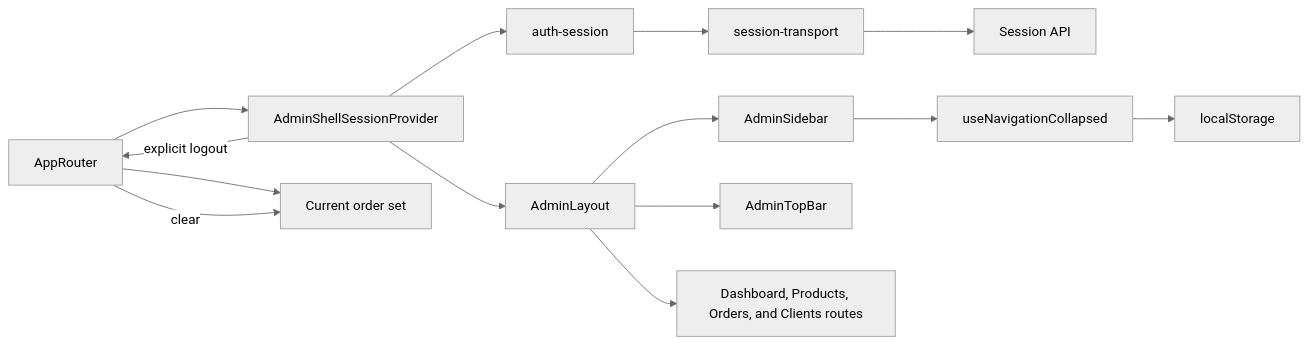
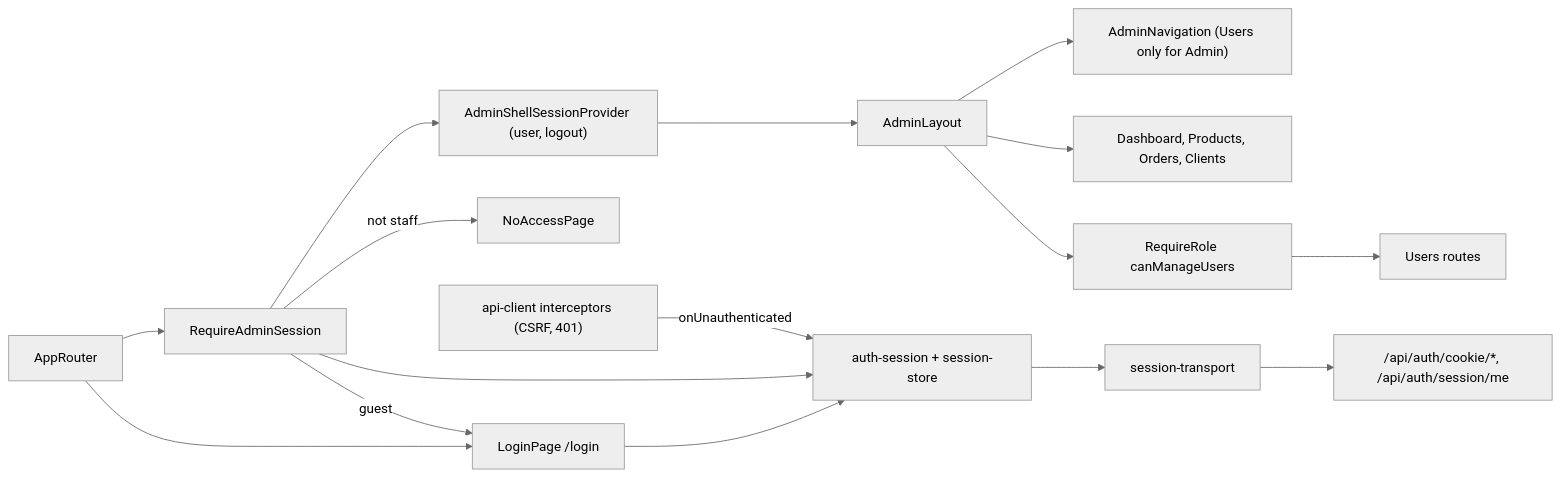
The diagram in docs/features/admin/session.md (Weretik/kedr-web), drawn with Mermaid (neutral theme) before and after one commit. The commit also changed other lines of this file and 154 other files, not shown here.

First line of the commit message:
Sign-in for admin, storefront and mobile; Users page for admins (#15)

````diff
--- a/docs/features/admin/session.md
+++ b/docs/features/admin/session.md
@@ -11,16 +14,16 @@
 ```mermaid
 flowchart LR
-Router["AppRouter"] --> Provider["AdminShellSessionProvider"]
+Router["AppRouter"] --> Login["LoginPage /login"]
+Router --> Guard["RequireAdminSession"]
+Guard -->|guest| Login
+Guard -->|not staff| NoAccess["NoAccessPage"]
+Guard --> Provider["AdminShellSessionProvider (user, logout)"]
 Provider --> Layout["AdminLayout"]
-Provider --> Session["auth-session"]
-Session --> Transport["session-transport"]
-Transport --> API["Session API"]
-Layout --> Sidebar["AdminSidebar"]
-Sidebar --> Collapsed["useNavigationCollapsed"]
-Collapsed --> Storage["localStorage"]
-Layout --> TopBar["AdminTopBar"]
-Layout --> Routes["Dashboard, Products, Orders, and Clients routes"]
-Router --> Local["Current order set"]
-Provider -->|explicit logout| Router
-Router -->|clear| Local
+Layout --> Nav["AdminNavigation (Users only for Admin)"]
+Layout --> Routes["Dashboard, Products, Orders, Clients"]
+Layout --> Role["RequireRole canManageUsers"] --> Users["Users routes"]
+Login --> Session["auth-session + session-store"]
+Guard --> Session
+Session --> Transport["session-transport"] --> API["/api/auth/cookie/*, /api/auth/session/me"]
+ApiClient["api-client interceptors (CSRF, 401)"] -->|onUnauthenticated| Session
 ```
````
